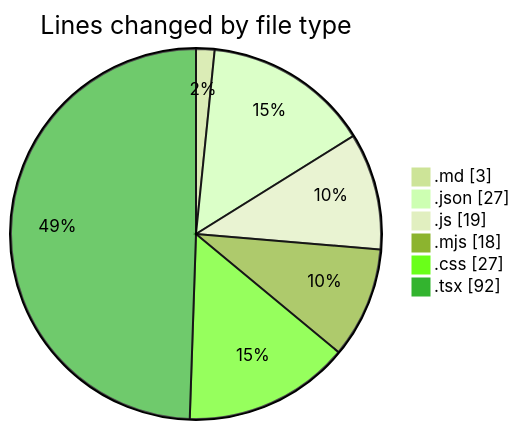
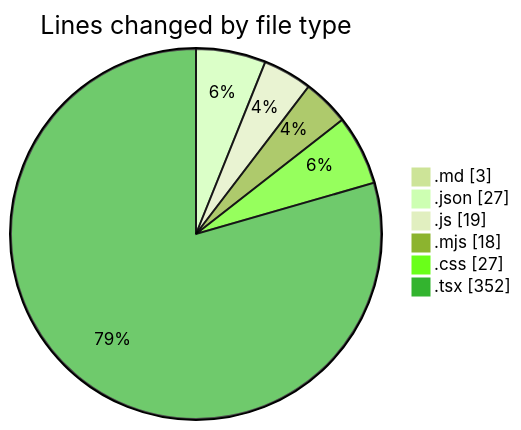
The first of 2 diagrams in 2025-06-18/scopesketch-app/README.md (Ritupan-Deka/code-tracking), drawn with Mermaid (forest theme) before and after one commit. The commit also changed other lines of this file and 1 other file, not shown here.

````diff
--- a/2025-06-18/scopesketch-app/README.md
+++ b/2025-06-18/scopesketch-app/README.md
@@ -26,10 +26,10 @@
 ```mermaid
 pie showData
 title Lines changed by file type
 ".md" : 3
 ".json" : 27
 ".js" : 19
 ".mjs" : 18
 ".css" : 27
-".tsx" : 92
+".tsx" : 352
 ```
````
